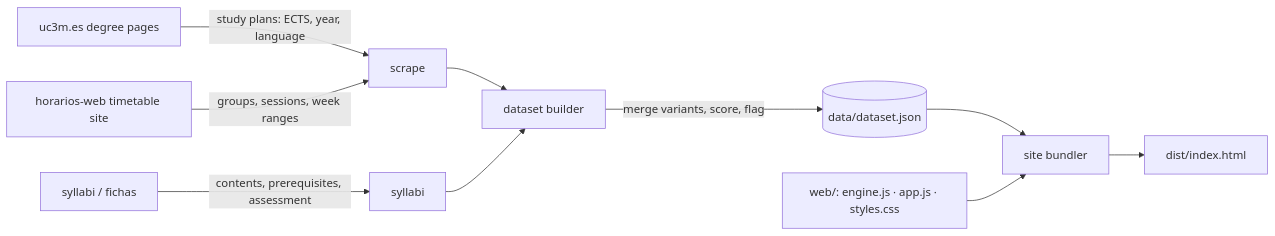
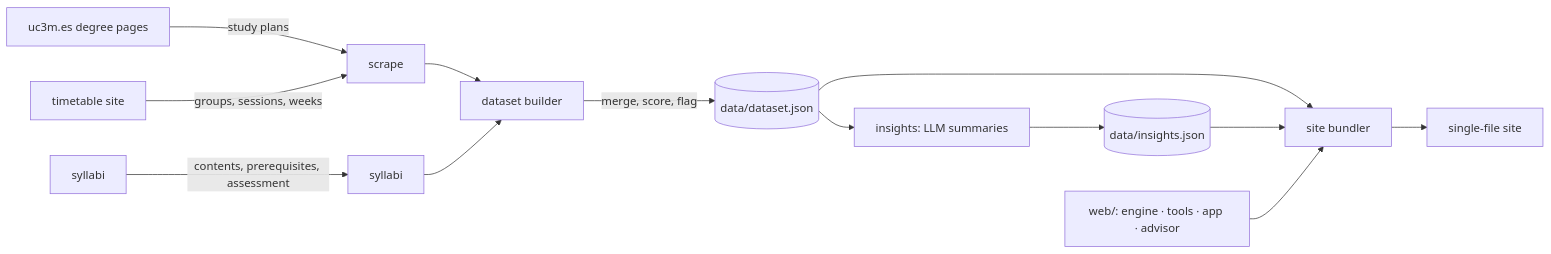
The diagram in README.md (Polluxgnr/uc3m-course-planner), drawn with Mermaid before and after one commit. The commit also changed other lines of this file and 10 other files, not shown here.

````diff
--- a/README.md
+++ b/README.md
@@ -27,12 +51,15 @@
 ```mermaid
 flowchart LR
-  A[uc3m.es degree pages] -->|study plans: ECTS, year, language| S[scrape]
-  B[horarios-web timetable site] -->|groups, sessions, week ranges| S
-  C[syllabi / fichas] -->|contents, prerequisites, assessment| Y[syllabi]
+  A[uc3m.es degree pages] -->|study plans| S[scrape]
+  B[timetable site] -->|groups, sessions, weeks| S
+  C[syllabi] -->|contents, prerequisites, assessment| Y[syllabi]
   S --> D[dataset builder]
   Y --> D
-  D -->|merge variants, score, flag| J[(data/dataset.json)]
+  D -->|merge, score, flag| J[(data/dataset.json)]
+  J --> I[insights: LLM summaries]
+  I --> K[(data/insights.json)]
   J --> W[site bundler]
-  E[web/: engine.js · app.js · styles.css] --> W
-  W --> H[dist/index.html]
+  K --> W
+  E[web/: engine · tools · app · advisor] --> W
+  W --> H[single-file site]
 ```
````
